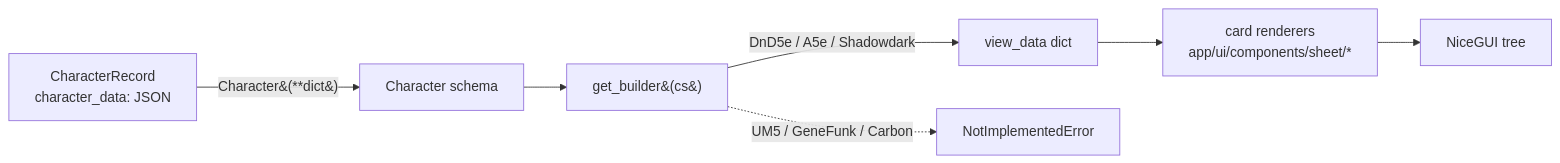
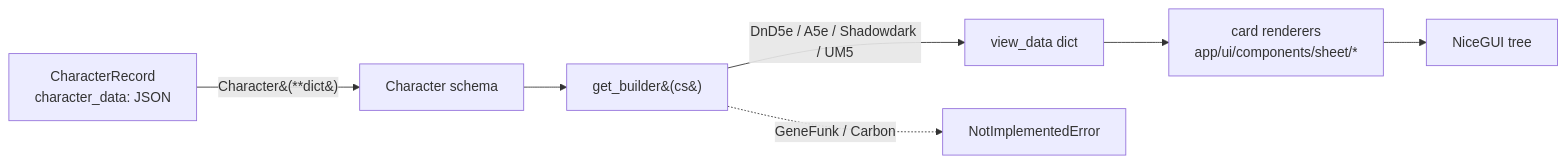
One commit to jeskritt/donjondocs changed the third of 3 diagrams in docs/architecture.md. Above: the diagram before and after it, drawn with Mermaid. The commit also changed other lines of this file and 39 other files, not shown here.

````diff
--- a/docs/architecture.md
+++ b/docs/architecture.md
@@ -73,9 +73,9 @@
 ```mermaid
 flowchart LR
   CR[CharacterRecord<br/>character_data: JSON] -->|Character&#40;**dict&#41;| CS[Character schema]
   CS --> GB[get_builder&#40;cs&#41;]
-  GB -->|DnD5e / A5e / Shadowdark| VD[view_data dict]
-  GB -.->|UM5 / GeneFunk / Carbon| NI[NotImplementedError]
+  GB -->|DnD5e / A5e / Shadowdark / UM5| VD[view_data dict]
+  GB -.->|GeneFunk / Carbon| NI[NotImplementedError]
   VD --> R[card renderers<br/>app/ui/components/sheet/*]
   R --> UI[NiceGUI tree]
 ```
````
